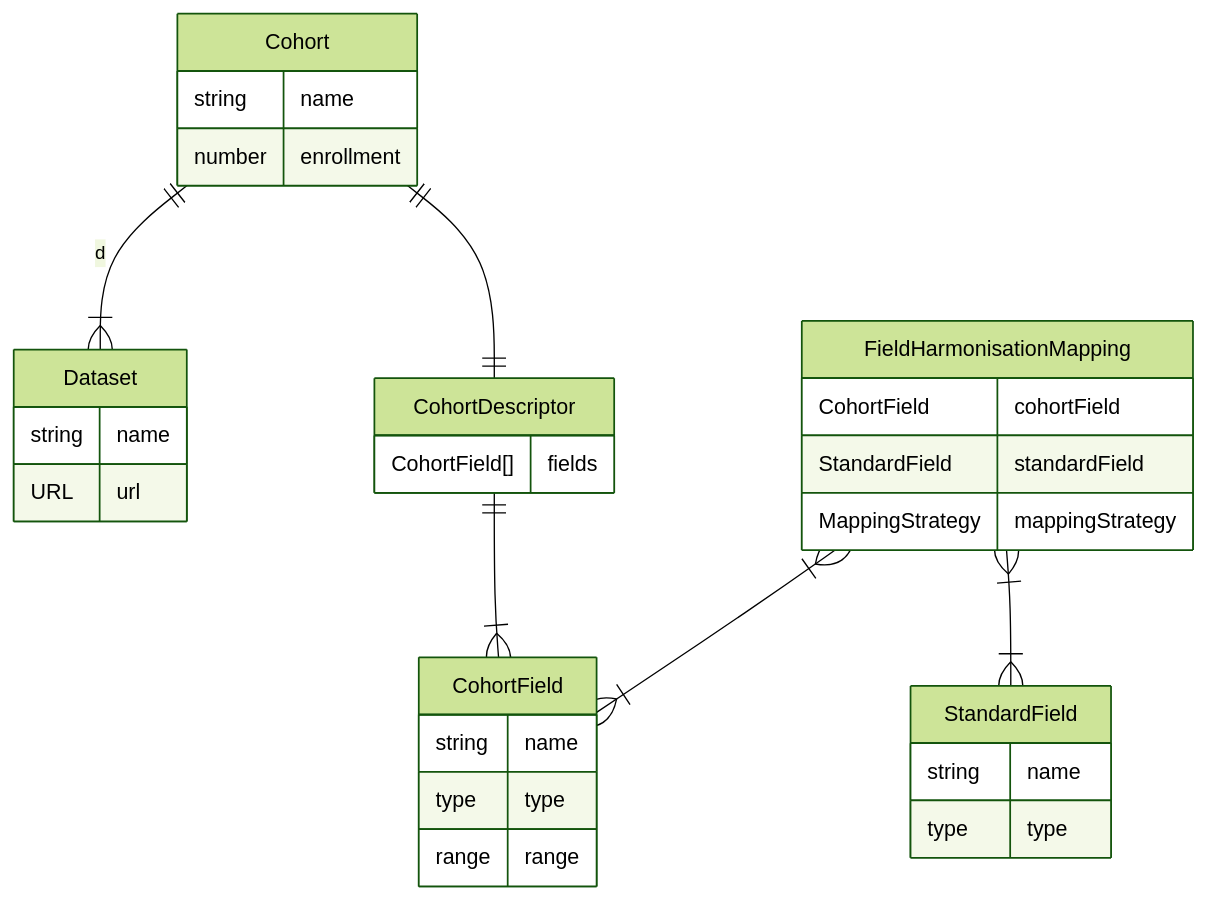
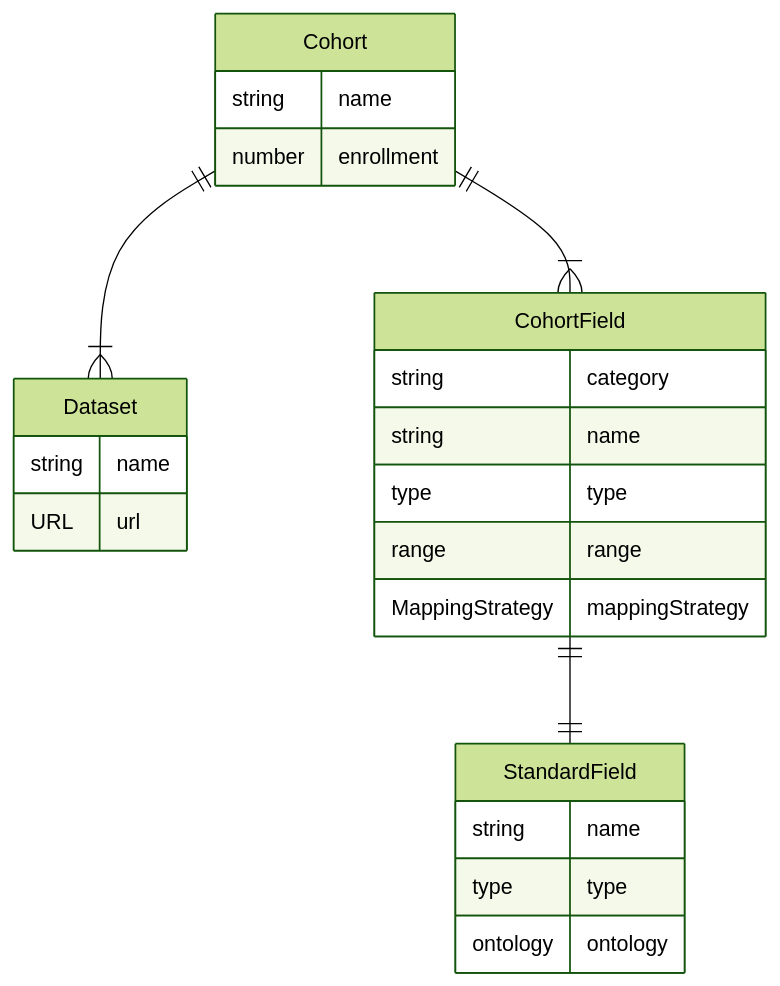
The diagram in erd.md (EBIBioSamples/cohort-atlas), drawn with Mermaid (forest theme) before and after one commit.

Commit message:
ca-21 erd

````diff
--- a/erd.md
+++ b/erd.md
@@ -1,40 +1,33 @@
 ```mermaid
 erDiagram
     Cohort {
     string name
     number enrollment
+    
     }
 
     Dataset {
         string name
         URL url
     }
 
     StandardField {
         string name
         type type
+        ontology ontology
     }
 
-    CohortDescriptor {
-        CohortField[] fields
-    }
-
-    Cohort 1--1 CohortDescriptor: ""
     CohortField {
+        string category
         string name
         type type
         range range
-    }
-
-    CohortDescriptor 1--1+CohortField:""
-    FieldHarmonisationMapping {
-        CohortField cohortField
-        StandardField standardField
         MappingStrategy mappingStrategy
     }
 
-    FieldHarmonisationMapping 1+--1+ CohortField : ""
-    FieldHarmonisationMapping 1+--1+ StandardField : ""
 
-    Cohort 1--1+ Dataset : d
+
+    CohortField 1--1 StandardField : ""
+    Cohort 1--1+ CohortField :"" 
+    Cohort 1--1+ Dataset : ""
 ```
````
